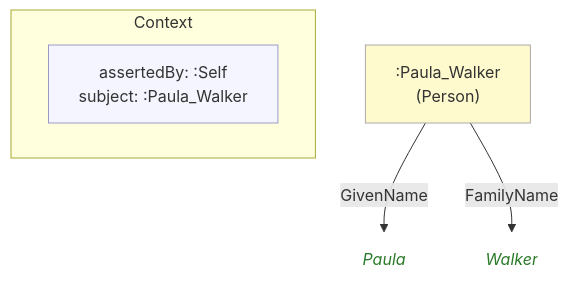
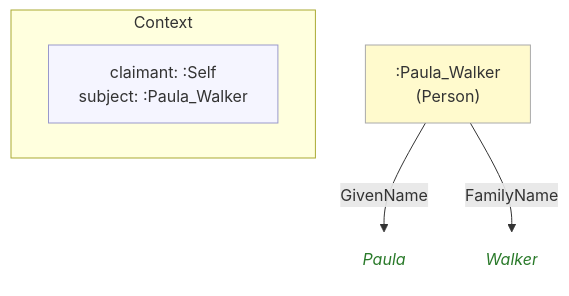
Before and after one commit to MeeFoundation/mia-ontologies: the diagram in example/contexts/images/paula-walker.self(paula-walker)(immediate-family)(07).mmd, drawn with Mermaid. The commit also changed 109 other files, not shown here.

First line of the commit message:
Rename context:assertedBy to context:claimant

```diff
--- a/example/contexts/images/paula-walker.self(paula-walker)(immediate-family)(07).mmd
+++ b/example/contexts/images/paula-walker.self(paula-walker)(immediate-family)(07).mmd
@@ -1,18 +1,18 @@
 flowchart TD
     classDef person fill:#fffacd,stroke:#aaa,color:#333
     classDef grp    fill:#d4edda,stroke:#aaa,color:#333
     classDef org    fill:#cce5ff,stroke:#aaa,color:#333
     classDef lit    fill:none,stroke:none,font-style:italic,color:#2a7a2a
     classDef meta   fill:#f5f5ff,stroke:#9999cc,color:#333
 
     subgraph ctx["Context"]
         direction LR
-        ctx_meta["assertedBy: :Self\nsubject: :Paula_Walker"]:::meta
+        ctx_meta["claimant: :Self\nsubject: :Paula_Walker"]:::meta
     end
 
     nf4296ab13de4[":Paula_Walker\n(Person)"]:::person
-    n60a5c01931ae("Paula"):::lit
-    n76c5df753c7b("Walker"):::lit
+    n49f24dabdbab("Paula"):::lit
+    na5725eab564a("Walker"):::lit
 
-    nf4296ab13de4 -->|"GivenName"| n60a5c01931ae
-    nf4296ab13de4 -->|"FamilyName"| n76c5df753c7b
+    nf4296ab13de4 -->|"GivenName"| n49f24dabdbab
+    nf4296ab13de4 -->|"FamilyName"| na5725eab564a
```
